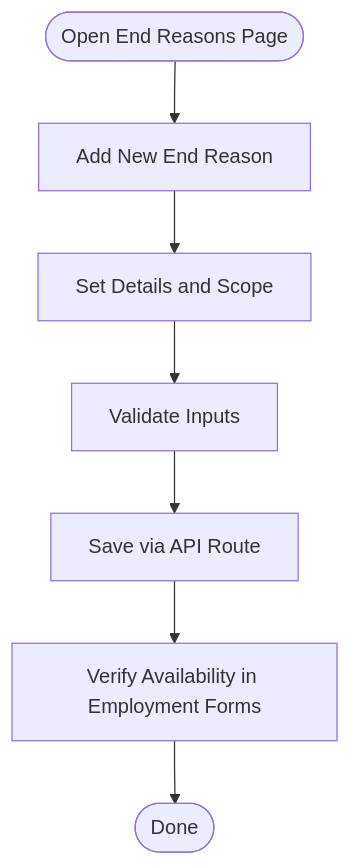
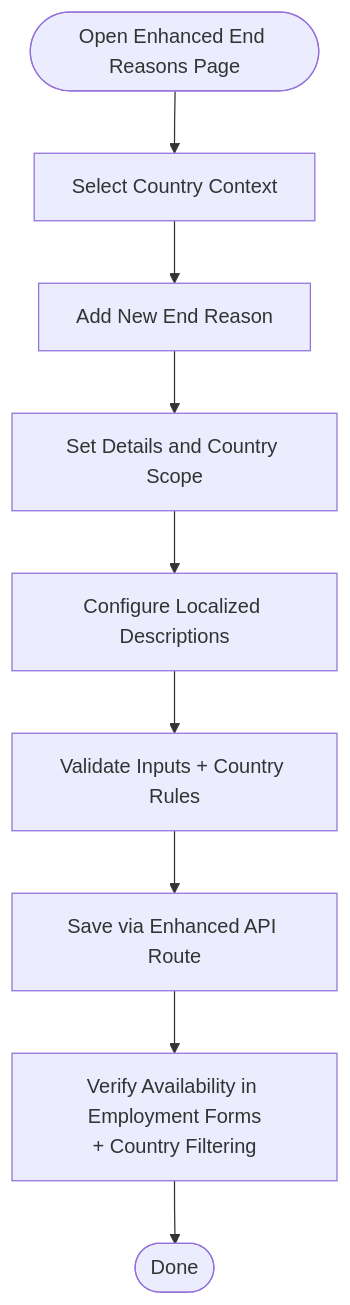
The fifth of 8 diagrams in .qoder/repowiki/en/content/Administration/Master Data Management.md (EdwinCycling/LiquidHR), drawn with Mermaid before and after one commit. The commit also changed other lines of this file and 73 other files, not shown here.

````diff
--- a/.qoder/repowiki/en/content/Administration/Master Data Management.md
+++ b/.qoder/repowiki/en/content/Administration/Master Data Management.md
@@ -301,9 +315,11 @@
 ```mermaid
 flowchart TD
-Start(["Open End Reasons Page"]) --> Add["Add New End Reason"]
-Add --> SetDetails["Set Details and Scope"]
-SetDetails --> Validate["Validate Inputs"]
-Validate --> Save["Save via API Route"]
-Save --> Verify["Verify Availability in Employment Forms"]
+Start(["Open Enhanced End Reasons Page"]) --> SelectCountry["Select Country Context"]
+SelectCountry --> Add["Add New End Reason"]
+Add --> SetDetails["Set Details and Country Scope"]
+SetDetails --> Localize["Configure Localized Descriptions"]
+Localize --> Validate["Validate Inputs + Country Rules"]
+Validate --> Save["Save via Enhanced API Route"]
+Save --> Verify["Verify Availability in Employment Forms<br/>+ Country Filtering"]
 Verify --> End(["Done"])
 ```
````
